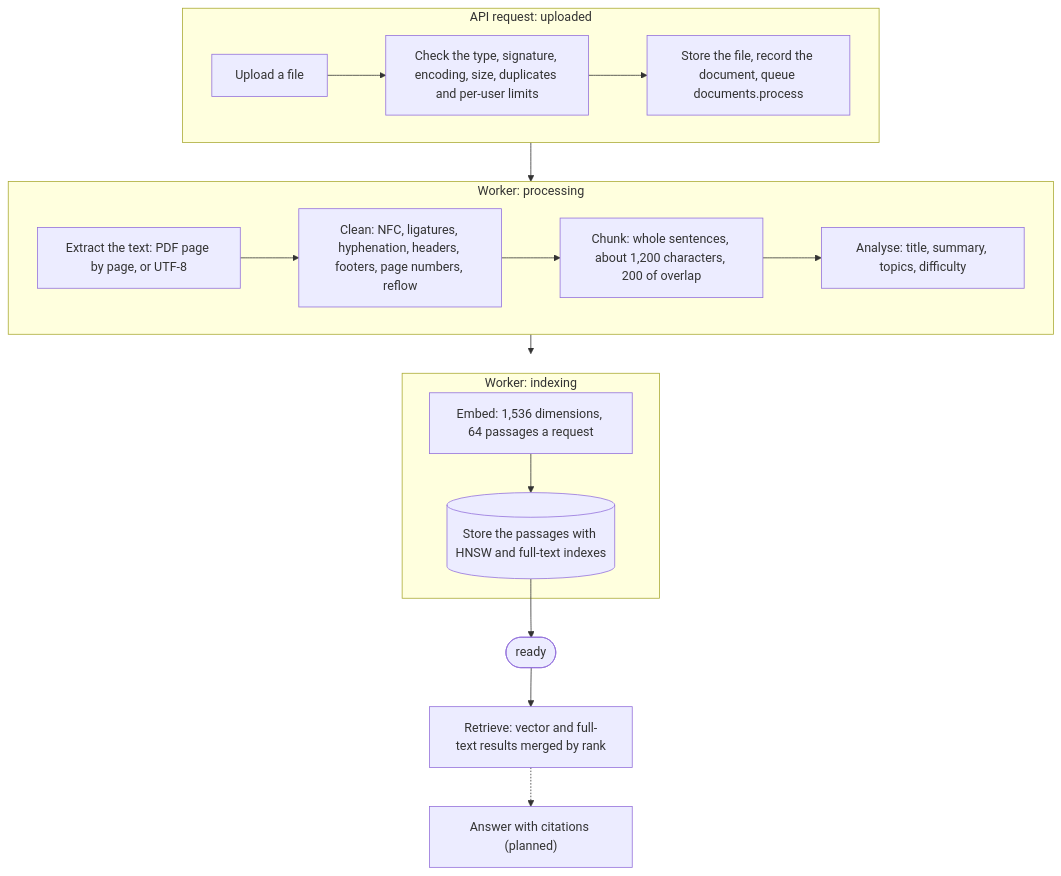
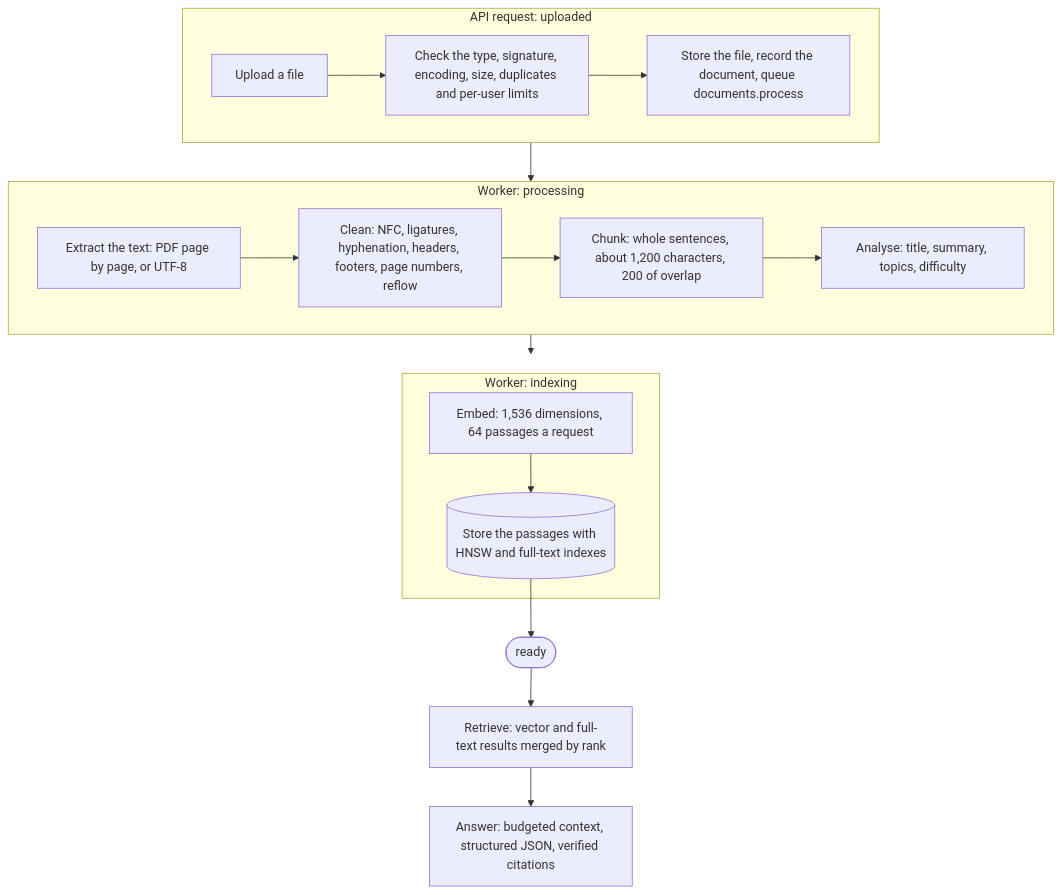
Before and after one commit to APELSINKos/ai-study-platform: the second of 4 diagrams in README.md, drawn with Mermaid. The commit also changed other lines of this file, not shown here.

Commit message:
docs: README covers grounded chat, citations and chat API

````diff
--- a/README.md
+++ b/README.md
@@ -109,20 +111,20 @@
 ```mermaid
 flowchart TD
     subgraph request ["API request: uploaded"]
         upload["Upload a file"] --> checks["Check the type, signature, encoding, size, duplicates and per-user limits"]
         checks --> stored["Store the file, record the document, queue documents.process"]
     end
     subgraph reading ["Worker: processing"]
         extract["Extract the text: PDF page by page, or UTF-8"] --> clean["Clean: NFC, ligatures, hyphenation, headers, footers, page numbers, reflow"]
         clean --> chunk["Chunk: whole sentences, about 1,200 characters, 200 of overlap"]
         chunk --> analyse["Analyse: title, summary, topics, difficulty"]
     end
     subgraph indexing ["Worker: indexing"]
         embed["Embed: 1,536 dimensions, 64 passages a request"] --> save[("Store the passages with HNSW and full-text indexes")]
     end
     request --> reading
     reading --> indexing
     save --> ready(["ready"])
     ready --> retrieve["Retrieve: vector and full-text results merged by rank"]
-    retrieve -.-> answer["Answer with citations (planned)"]
+    retrieve --> answer["Answer: budgeted context, structured JSON, verified citations"]
 ```
````
